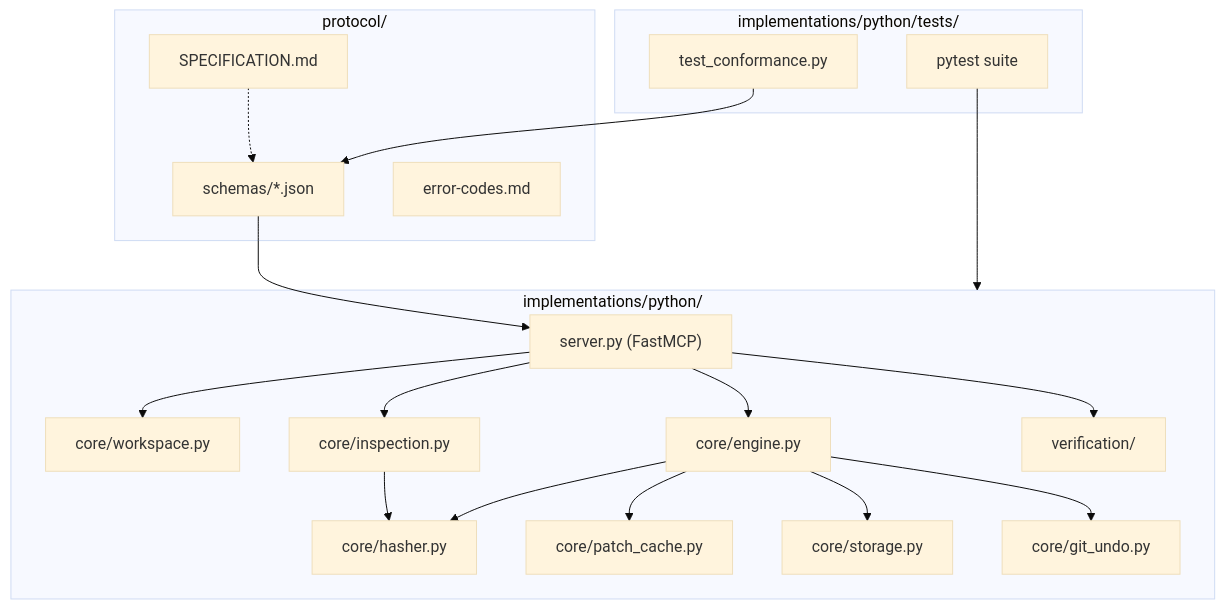
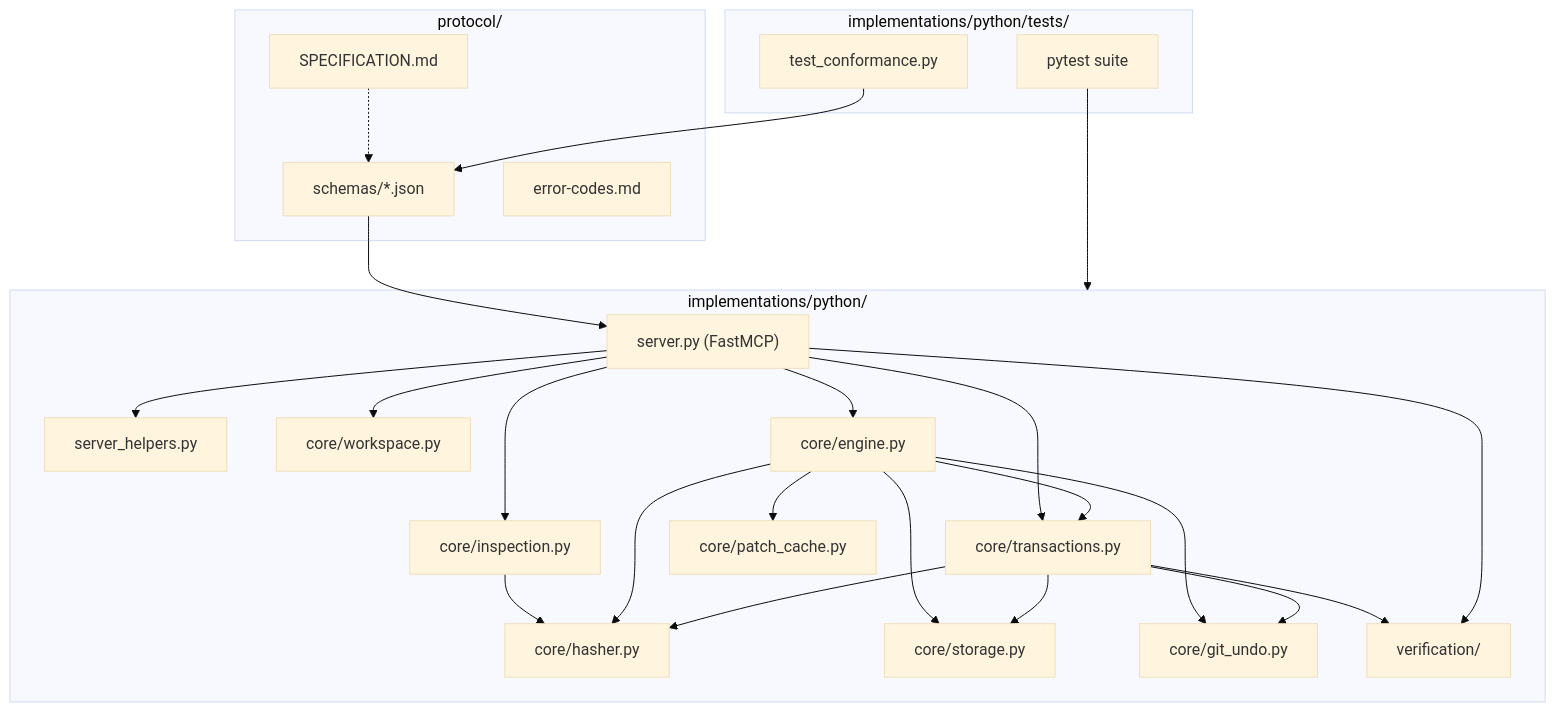
Before and after one commit to korakotlee/CEMP: the diagram in AGENTS.md, drawn with Mermaid (base theme). The commit also changed other lines of this file and 4 other files, not shown here.

Commit message:
docs: update technical guide, user guide, and server docs for transactions

````diff
--- a/AGENTS.md
+++ b/AGENTS.md
@@ -30,39 +30,48 @@
 ```mermaid
 flowchart TD
     subgraph Protocol ["protocol/"]
         Spec["SPECIFICATION.md"]
         Schemas["schemas/*.json"]
         Errors["error-codes.md"]
     end
 
     subgraph Implementation ["implementations/python/"]
         Server["server.py (FastMCP)"]
+        ServerHelpers["server_helpers.py"]
         CoreWorkspace["core/workspace.py"]
         CoreHasher["core/hasher.py"]
         CoreEngine["core/engine.py"]
+        CoreTransactions["core/transactions.py"]
         CoreInspection["core/inspection.py"]
         CorePatchCache["core/patch_cache.py"]
         CoreStorage["core/storage.py"]
         CoreGitUndo["core/git_undo.py"]
         Verification["verification/"]
     end
 
     subgraph Tests ["implementations/python/tests/"]
         PyTests["pytest suite"]
         Conformance["test_conformance.py"]
     end
 
     Spec -.-> Schemas
     Schemas --> Server
+    Server --> ServerHelpers
     Server --> CoreWorkspace
     Server --> CoreInspection
     Server --> CoreEngine
+    Server --> CoreTransactions
     CoreInspection --> CoreHasher
     CoreEngine --> CorePatchCache
     CoreEngine --> CoreStorage
     CoreEngine --> CoreHasher
     CoreEngine --> CoreGitUndo
+    CoreEngine --> CoreTransactions
+    CoreTransactions --> CoreStorage
+    CoreTransactions --> CoreHasher
+    CoreTransactions --> CoreGitUndo
+    CoreTransactions --> Verification
     Server --> Verification
     PyTests --> Implementation
     Conformance --> Schemas
 ```
````
